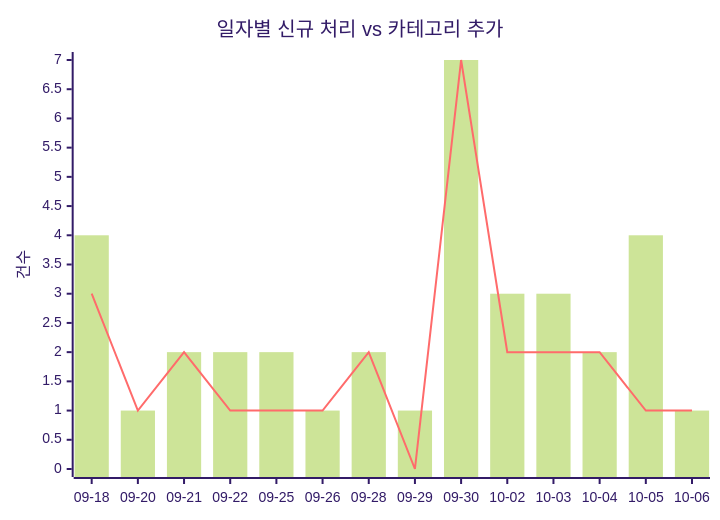
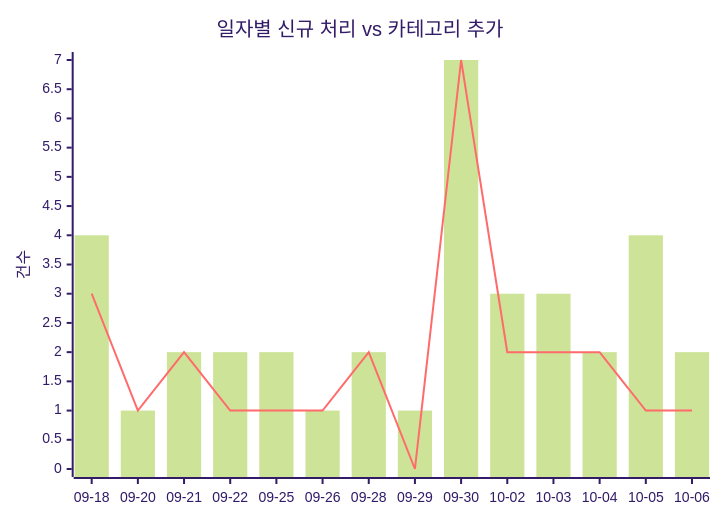
One commit to J-nowcow/awesome-korean-agent-skills changed the first of 2 diagrams in docs/trends.md. Above: the diagram before and after it, drawn with Mermaid (forest theme). The commit also changed other lines of this file and 2 other files, not shown here.

````diff
--- a/docs/trends.md
+++ b/docs/trends.md
@@ -32,8 +32,8 @@
 ```mermaid
 xychart-beta
     title "일자별 신규 처리 vs 카테고리 추가"
     x-axis ["09-18","09-20","09-21","09-22","09-25","09-26","09-28","09-29","09-30","10-02","10-03","10-04","10-05","10-06"]
     y-axis "건수"
-    bar [4,1,2,2,2,1,2,1,7,3,3,2,4,1]
+    bar [4,1,2,2,2,1,2,1,7,3,3,2,4,2]
     line [3,1,2,1,1,1,2,0,7,2,2,2,1,1]
 ```
````
